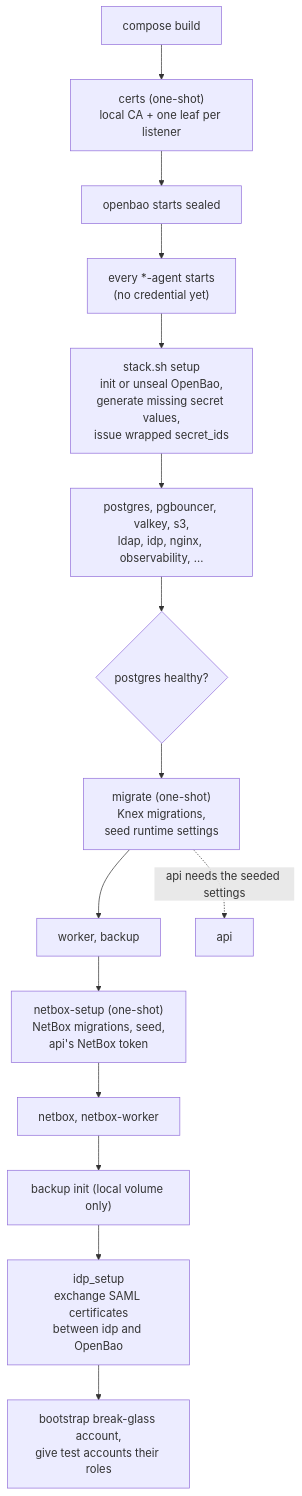
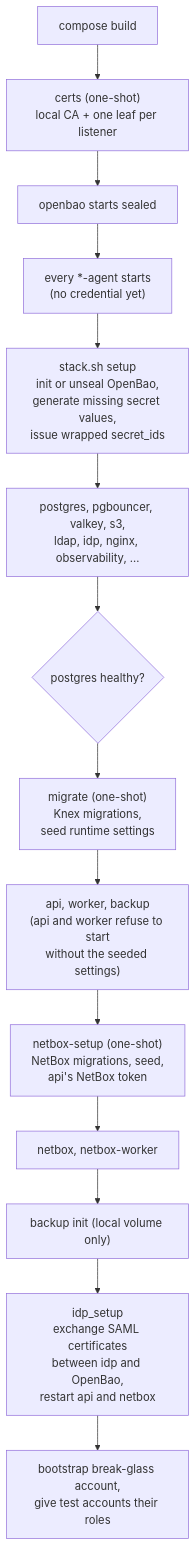
Before and after one commit to rabalyn/feathers-skeleton-stack: the first of 3 diagrams in docs/adr_v2/diagrams/startup-and-secrets.md, drawn with Mermaid. The commit also changed other lines of this file and 9 other files, not shown here.

First line of the commit message:
docs(diagrams): match the pages to the ADRs and the code

````diff
--- a/docs/adr_v2/diagrams/startup-and-secrets.md
+++ b/docs/adr_v2/diagrams/startup-and-secrets.md
@@ -9,17 +9,16 @@
 ```mermaid
 flowchart TD
   build["compose build"] --> certs["certs (one-shot)<br>local CA + one leaf per listener"]
   certs --> openbao["openbao starts sealed"]
   openbao --> agents["every *-agent starts<br>(no credential yet)"]
   agents --> setup["stack.sh setup<br>init or unseal OpenBao,<br>generate missing secret values,<br>issue wrapped secret_ids"]
   setup --> services["postgres, pgbouncer, valkey, s3,<br>ldap, idp, nginx, observability, …"]
   services --> pgHealthy{"postgres healthy?"}
   pgHealthy --> migrate["migrate (one-shot)<br>Knex migrations,<br>seed runtime settings"]
-  migrate --> appJobs["worker, backup"]
-  migrate -. "api needs the seeded settings" .-> api["api"]
+  migrate --> appJobs["api, worker, backup<br>(api and worker refuse to start<br>without the seeded settings)"]
   appJobs --> netboxSetup["netbox-setup (one-shot)<br>NetBox migrations, seed,<br>api's NetBox token"]
   netboxSetup --> netbox["netbox, netbox-worker"]
   netbox --> init["backup init (local volume only)"]
-  init --> idpSetup["idp_setup<br>exchange SAML certificates<br>between idp and OpenBao"]
+  init --> idpSetup["idp_setup<br>exchange SAML certificates<br>between idp and OpenBao,<br>restart api and netbox"]
   idpSetup --> breakglass["bootstrap break-glass account,<br>give test accounts their roles"]
 ```
````
